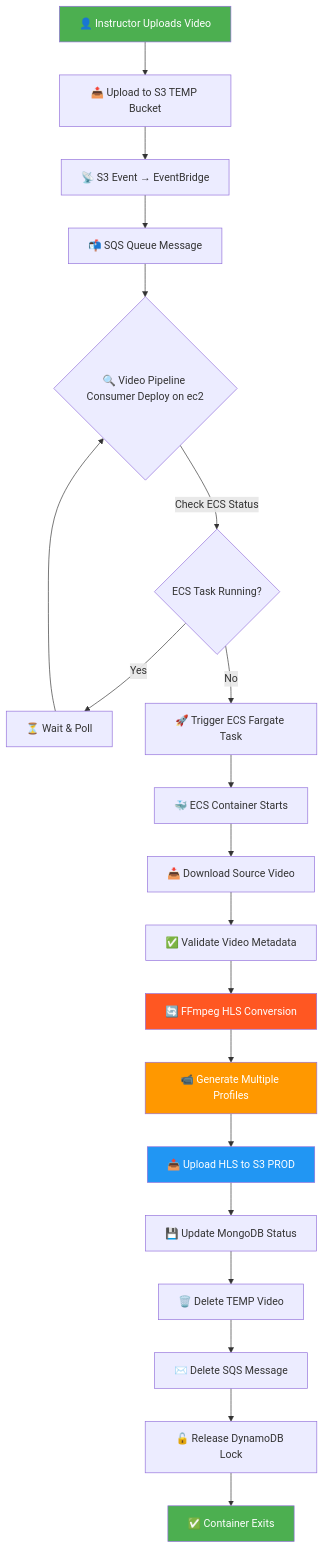
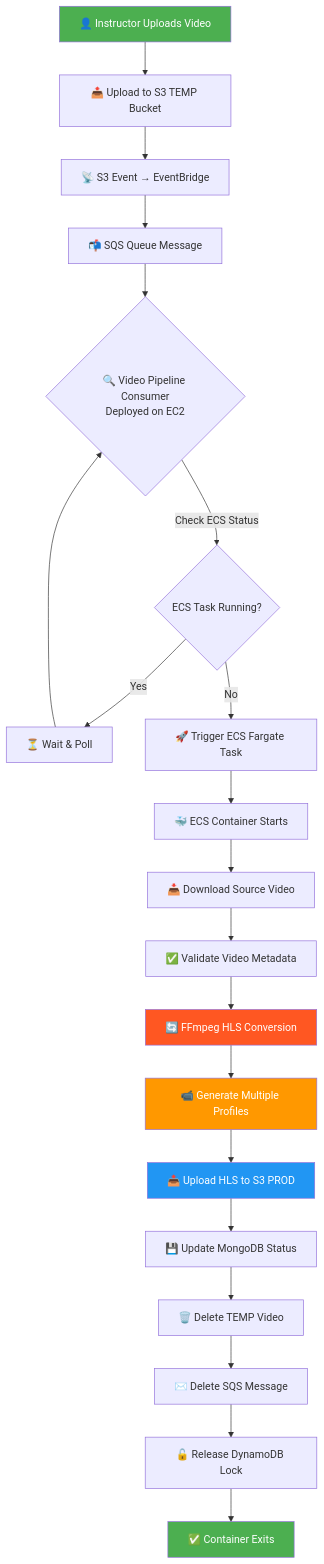
The first of 3 diagrams in README.md (Adityakbr01/eduApp2026), drawn with Mermaid before and after one commit. The commit also changed other lines of this file and 2 other files, not shown here.

Commit message:
docs: Update README with detailed HLS pipeline, performance optimizations, and tech stack changes, and remove outdated assessment notes.

````diff
--- a/README.md
+++ b/README.md
@@ -79,28 +90,28 @@
 ```mermaid
 flowchart TB
     A[👤 Instructor Uploads Video] --> B[📤 Upload to S3 TEMP Bucket]
     B --> C[📡 S3 Event → EventBridge]
     C --> D[📬 SQS Queue Message]
-    D --> E{🔍 Video Pipeline Consumer Deploy on ec2}
+    D --> E{🔍 Video Pipeline Consumer<br/>Deployed on EC2}
     E -->|Check ECS Status| F{ECS Task Running?}
     F -->|Yes| G[⏳ Wait & Poll]
     F -->|No| H[🚀 Trigger ECS Fargate Task]
     H --> I[🐳 ECS Container Starts]
     I --> J[📥 Download Source Video]
     J --> K[✅ Validate Video Metadata]
     K --> L[🔄 FFmpeg HLS Conversion]
     L --> M[📹 Generate Multiple Profiles]
     M --> N[📤 Upload HLS to S3 PROD]
     N --> O[💾 Update MongoDB Status]
     O --> P[🗑️ Delete TEMP Video]
     P --> Q[✉️ Delete SQS Message]
     Q --> R[🔓 Release DynamoDB Lock]
     R --> S[✅ Container Exits]
     G --> E
 
     style A fill:#4CAF50,color:#fff
     style L fill:#FF5722,color:#fff
     style M fill:#FF9800,color:#fff
     style N fill:#2196F3,color:#fff
     style S fill:#4CAF50,color:#fff
 ```
````
